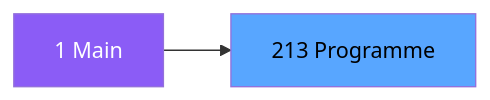
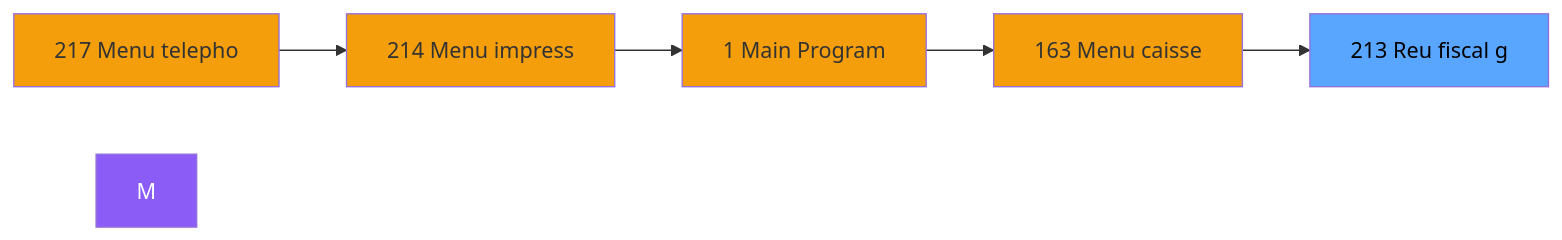
The second of 3 diagrams in .openspec/specs/ADH-IDE-213.md (thonyAGP/magic-migration), drawn with Mermaid before and after one commit. The commit also changed other lines of this file and 323 other files, not shown here.

````diff
--- a/.openspec/specs/ADH-IDE-213.md
+++ b/.openspec/specs/ADH-IDE-213.md
@@ -105,8 +113,18 @@
 ```mermaid
 graph LR
-    M[1 Main]
-    T[213 Programme]
-    M --> T
+    N217[217 Menu telepho]
+    N214[214 Menu impress]
+    N1[1 Main Program]
+    N163[163 Menu caisse ]
+    T[213 Reu fiscal g]
+    N217 --> N214
+    N214 --> N1
+    N1 --> N163
+    N163 --> T
     style M fill:#8b5cf6,color:#fff
+    style N217 fill:#f59e0b
+    style N214 fill:#f59e0b
+    style N1 fill:#f59e0b
+    style N163 fill:#f59e0b
     style T fill:#58a6ff,color:#000
 ```
````
